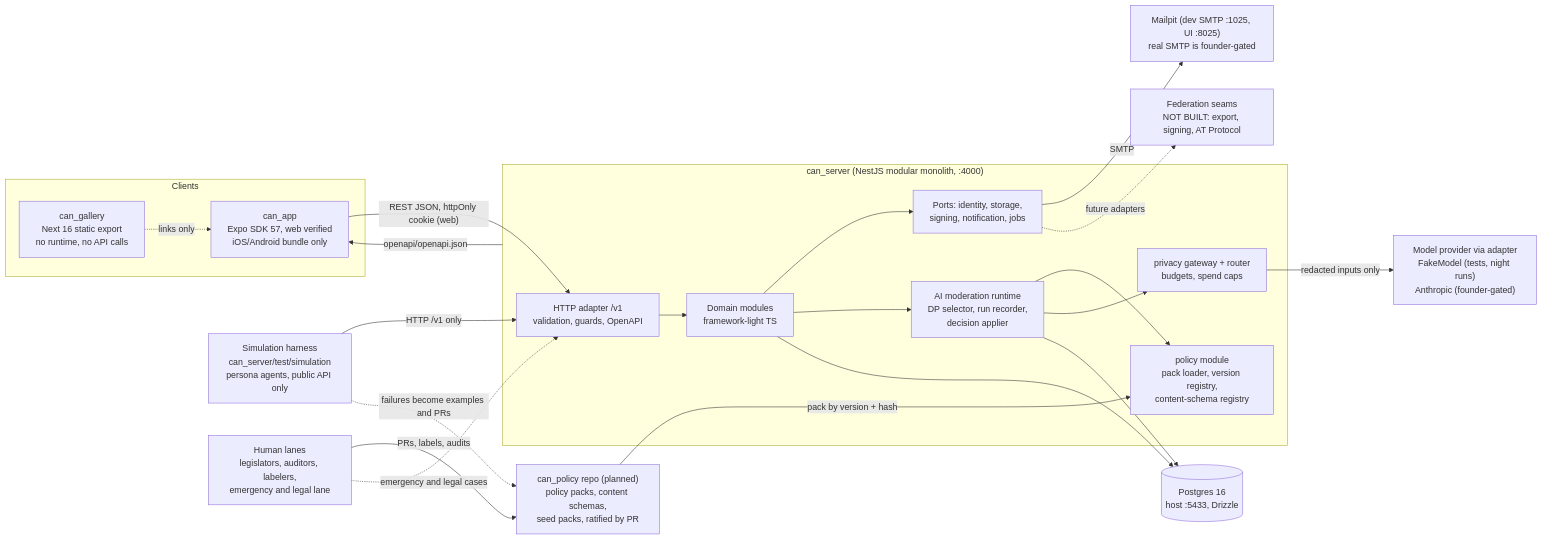
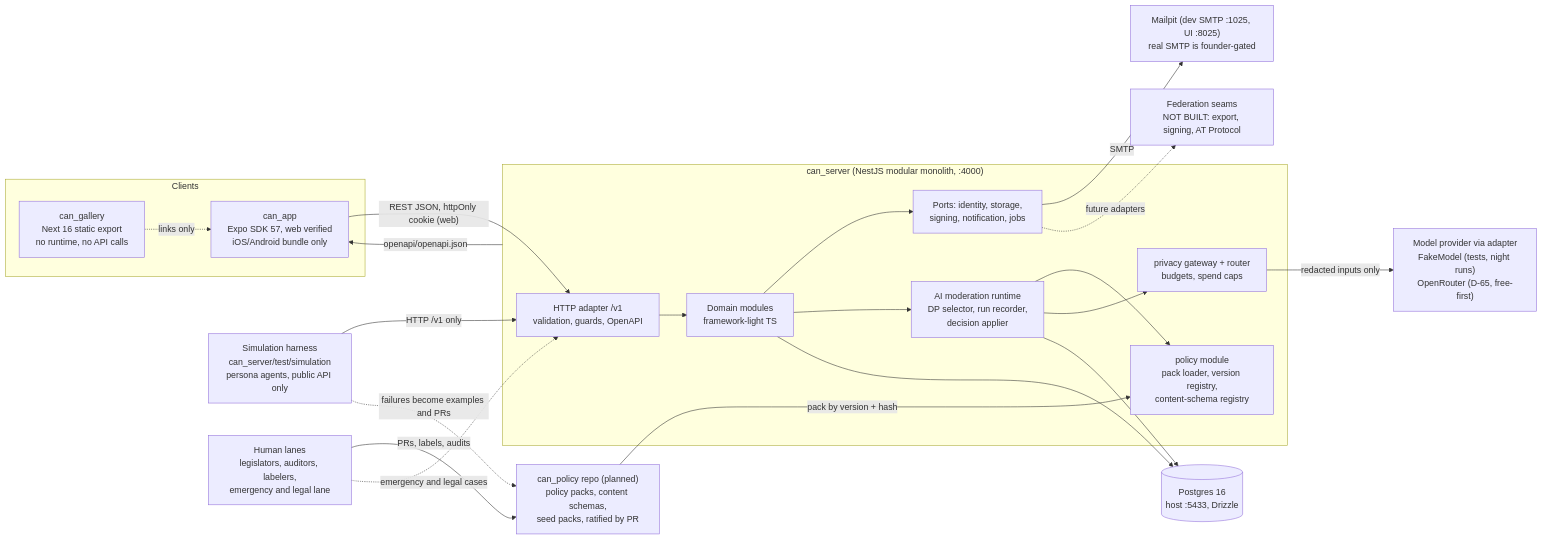
The first of 2 diagrams in docs/design/system-design.md (community-action-network-oss/community_action_network_oss), drawn with Mermaid before and after one commit. The commit also changed other lines of this file and 16 other files, not shown here.

Commit message:
W8 P1: design, spec and ADR 0014 for OpenRouter free-first models

````diff
--- a/docs/design/system-design.md
+++ b/docs/design/system-design.md
@@ -9,39 +9,39 @@
 ```mermaid
 flowchart LR
   subgraph clients[Clients]
     app["can_app<br/>Expo SDK 57, web verified<br/>iOS/Android bundle only"]
     gallery["can_gallery<br/>Next 16 static export<br/>no runtime, no API calls"]
   end
   subgraph server["can_server (NestJS modular monolith, :4000)"]
     api["HTTP adapter /v1<br/>validation, guards, OpenAPI"]
     domain["Domain modules<br/>framework-light TS"]
     mod["AI moderation runtime<br/>DP selector, run recorder,<br/>decision applier"]
     pol["policy module<br/>pack loader, version registry,<br/>content-schema registry"]
     gw["privacy gateway + router<br/>budgets, spend caps"]
     ports["Ports: identity, storage,<br/>signing, notification, jobs"]
   end
   pg[("Postgres 16<br/>host :5433, Drizzle")]
   mail["Mailpit (dev SMTP :1025, UI :8025)<br/>real SMTP is founder-gated"]
-  prov["Model provider via adapter<br/>FakeModel (tests, night runs)<br/>Anthropic (founder-gated)"]
+  prov["Model provider via adapter<br/>FakeModel (tests, night runs)<br/>OpenRouter (D-65, free-first)"]
   cp["can_policy repo (planned)<br/>policy packs, content schemas,<br/>seed packs, ratified by PR"]
   sim["Simulation harness<br/>can_server/test/simulation<br/>persona agents, public API only"]
   humans["Human lanes<br/>legislators, auditors, labelers,<br/>emergency and legal lane"]
   fed["Federation seams<br/>NOT BUILT: export, signing, AT Protocol"]
   app -- "REST JSON, httpOnly cookie (web)" --> api
   gallery -. "links only" .-> app
   api --> domain --> ports
   domain --> mod
   mod --> pol
   mod --> gw
   gw -- "redacted inputs only" --> prov
   cp -- "pack by version + hash" --> pol
   domain --> pg
   mod --> pg
   ports -- "SMTP" --> mail
   sim -- "HTTP /v1 only" --> api
   sim -. "failures become examples and PRs" .-> cp
   humans -- "PRs, labels, audits" --> cp
   humans -. "emergency and legal cases" .-> api
   ports -. "future adapters" .-> fed
   server -- "openapi/openapi.json" --> app
 ```
````
